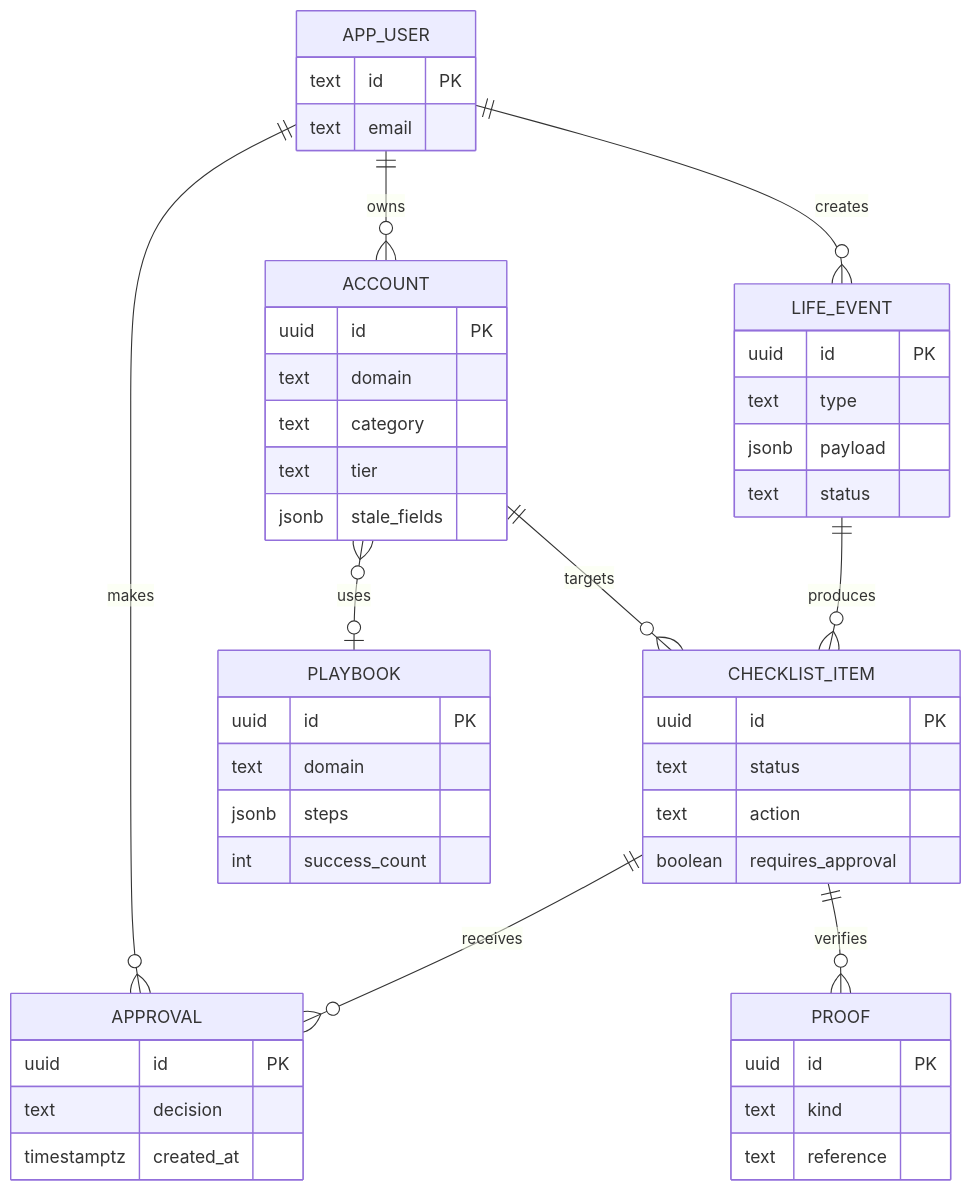
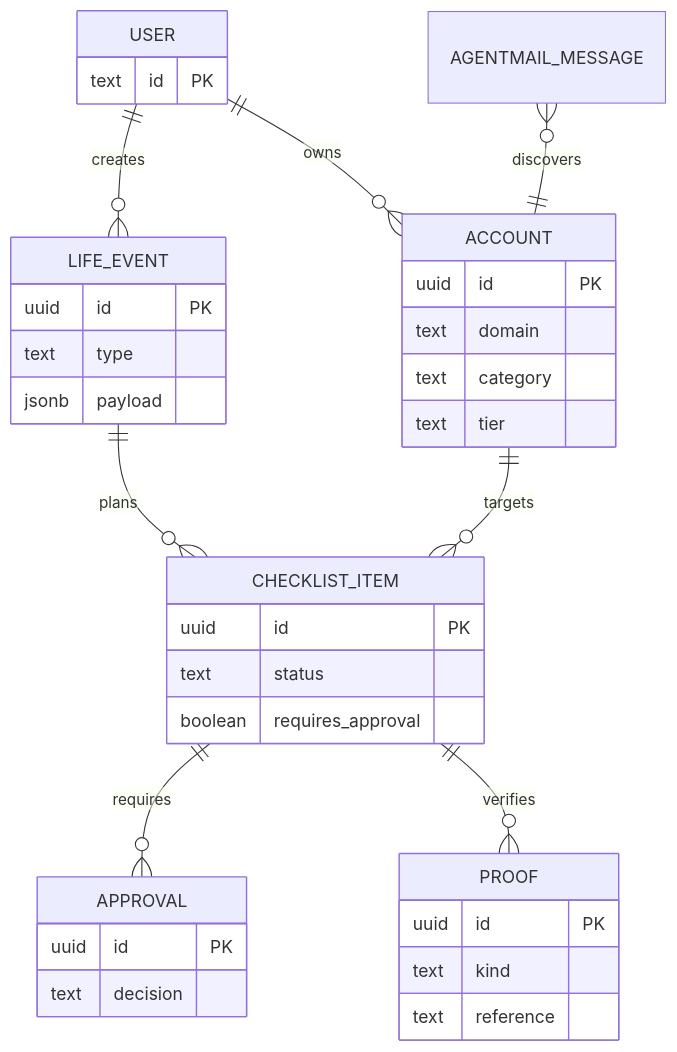
Before and after one commit to haarishmk26/Build_personal_agents_team_GF: the diagram in doc/data-model.md, drawn with Mermaid. The commit also changed other lines of this file and 13 other files, not shown here.

````diff
--- a/doc/data-model.md
+++ b/doc/data-model.md
@@ -18,37 +2,16 @@
 ```mermaid
 erDiagram
-  APP_USER ||--o{ LIFE_EVENT : creates
-  APP_USER ||--o{ ACCOUNT : owns
-  LIFE_EVENT ||--o{ CHECKLIST_ITEM : produces
-  ACCOUNT ||--o{ CHECKLIST_ITEM : targets
-  CHECKLIST_ITEM ||--o{ APPROVAL : receives
-  APP_USER ||--o{ APPROVAL : makes
-  CHECKLIST_ITEM ||--o{ PROOF : verifies
-  ACCOUNT }o--o| PLAYBOOK : uses
-
-  APP_USER { text id PK
-             text email }
-  LIFE_EVENT { uuid id PK
-               text type
-               jsonb payload
-               text status }
-  ACCOUNT { uuid id PK
-            text domain
-            text category
-            text tier
-            jsonb stale_fields }
-  CHECKLIST_ITEM { uuid id PK
-                   text status
-                   text action
-                   boolean requires_approval }
-  APPROVAL { uuid id PK
-             text decision
-             timestamptz created_at }
-  PLAYBOOK { uuid id PK
-             text domain
-             jsonb steps
-             int success_count }
-  PROOF { uuid id PK
-          text kind
-          text reference }
+ USER ||--o{ ACCOUNT : owns
+ USER ||--o{ LIFE_EVENT : creates
+ LIFE_EVENT ||--o{ CHECKLIST_ITEM : plans
+ ACCOUNT ||--o{ CHECKLIST_ITEM : targets
+ CHECKLIST_ITEM ||--o{ APPROVAL : requires
+ CHECKLIST_ITEM ||--o{ PROOF : verifies
+ AGENTMAIL_MESSAGE }o--|| ACCOUNT : discovers
+ USER { text id PK }
+ ACCOUNT { uuid id PK text domain text category text tier }
+ LIFE_EVENT { uuid id PK text type jsonb payload }
+ CHECKLIST_ITEM { uuid id PK text status boolean requires_approval }
+ APPROVAL { uuid id PK text decision }
+ PROOF { uuid id PK text kind text reference }
 ```
````
